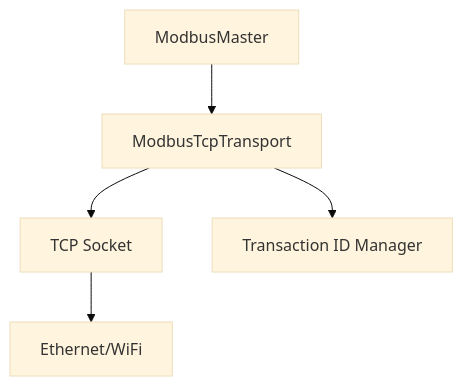
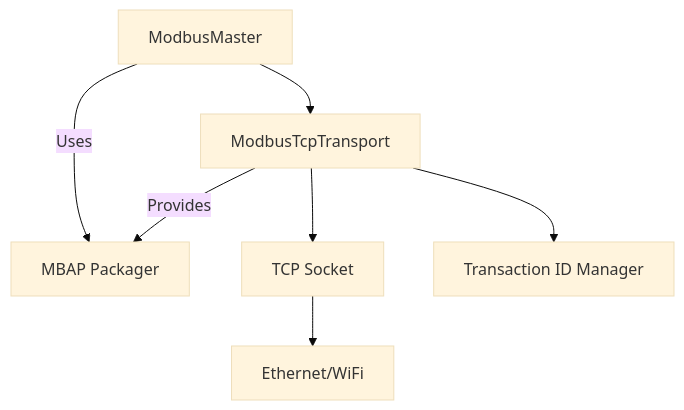
One commit to Speed-ESP/speed-framework changed the first of 3 diagrams in docs/modbus/tcp_mode.md. Above: the diagram before and after it, drawn with Mermaid (base theme). The commit also changed 5 other files, not shown here.

````diff
--- a/docs/modbus/tcp_mode.md
+++ b/docs/modbus/tcp_mode.md
@@ -7,7 +7,9 @@
 ```mermaid
 graph TB
     A[ModbusMaster] --> B[ModbusTcpTransport]
+    B -->|Provides| P[MBAP Packager]
+    A -->|Uses| P
     B --> C[TCP Socket]
     B --> D[Transaction ID Manager]
     C --> E[Ethernet/WiFi]
 ```
````
